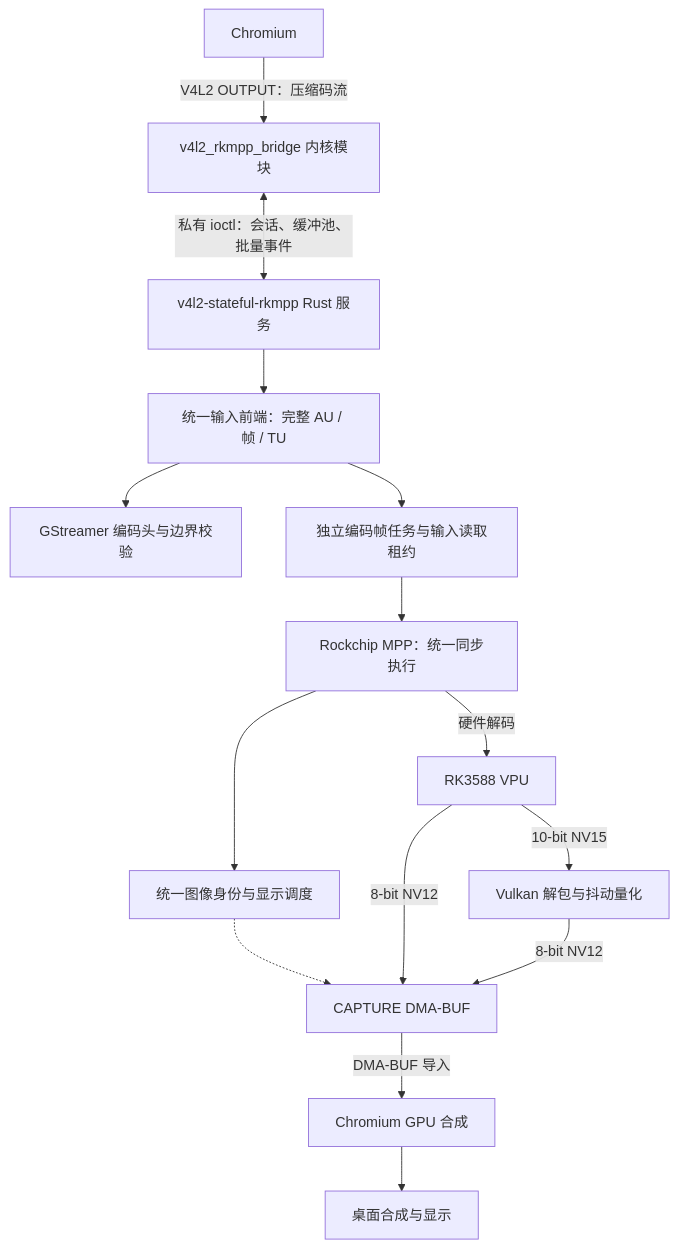
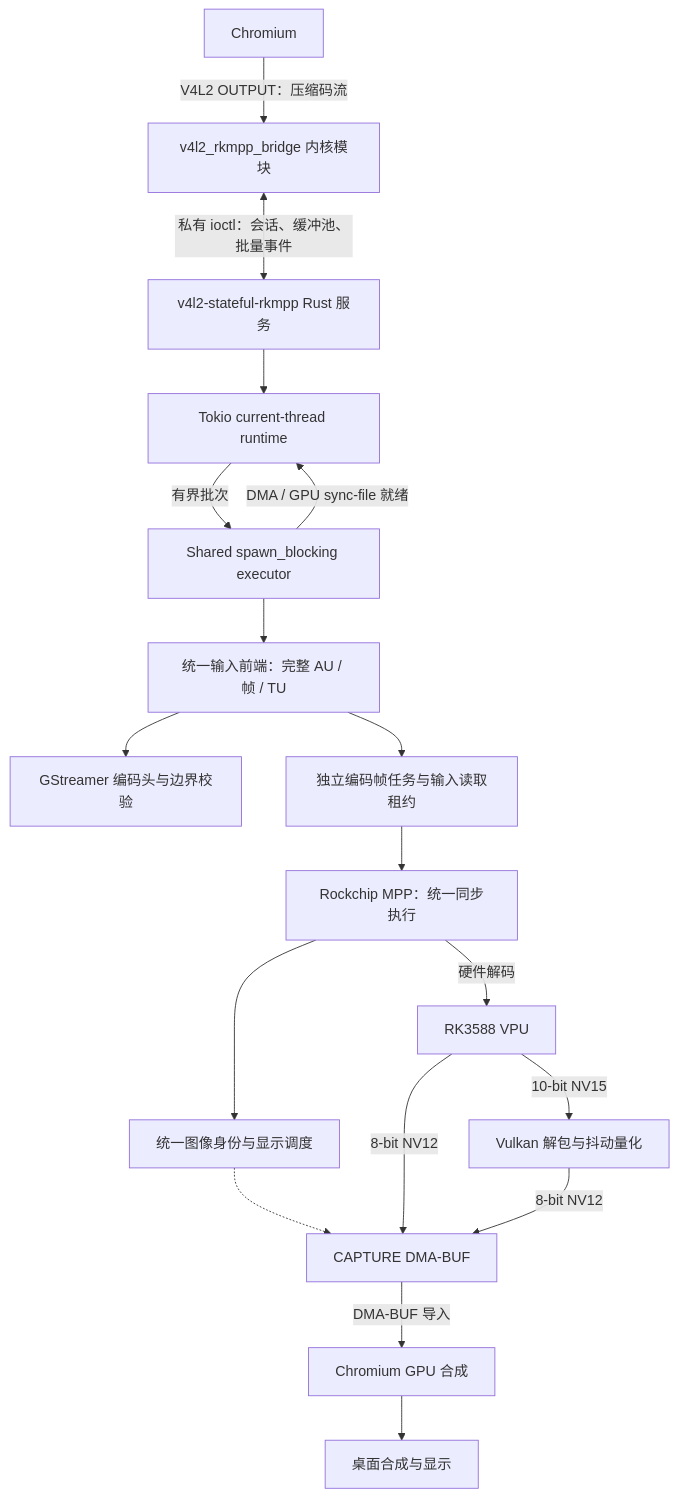
The diagram in README.md (abadcafe/v4l2-stateful-rkmpp), drawn with Mermaid before and after one commit. The commit also changed other lines of this file and 160 other files, not shown here.

````diff
--- a/README.md
+++ b/README.md
@@ -13,17 +13,20 @@
 ```mermaid
 flowchart TD
     Chromium[Chromium] -->|V4L2 OUTPUT：压缩码流| Kernel[v4l2_rkmpp_bridge 内核模块]
     Kernel <-->|私有 ioctl：会话、缓冲池、批量事件| Service[v4l2-stateful-rkmpp Rust 服务]
-    Service --> Frontend[统一输入前端：完整 AU / 帧 / TU]
+    Service --> Async[Tokio current-thread runtime]
+    Async -->|有界批次| Hardware[Shared spawn_blocking executor]
+    Hardware -->|DMA / GPU sync-file 就绪| Async
+    Hardware --> Frontend[统一输入前端：完整 AU / 帧 / TU]
     Frontend --> Headers[GStreamer 编码头与边界校验]
     Frontend --> Tasks[独立编码帧任务与输入读取租约]
     Tasks --> MPP[Rockchip MPP：统一同步执行]
     MPP --> Presentation[统一图像身份与显示调度]
     MPP -->|硬件解码| VPU[RK3588 VPU]
     Presentation -.-> Capture
     VPU -->|8-bit NV12| Capture[CAPTURE DMA-BUF]
     VPU -->|10-bit NV15| Vulkan[Vulkan 解包与抖动量化]
     Vulkan -->|8-bit NV12| Capture
     Capture -->|DMA-BUF 导入| GPU[Chromium GPU 合成]
     GPU --> Display[桌面合成与显示]
 ```
````
